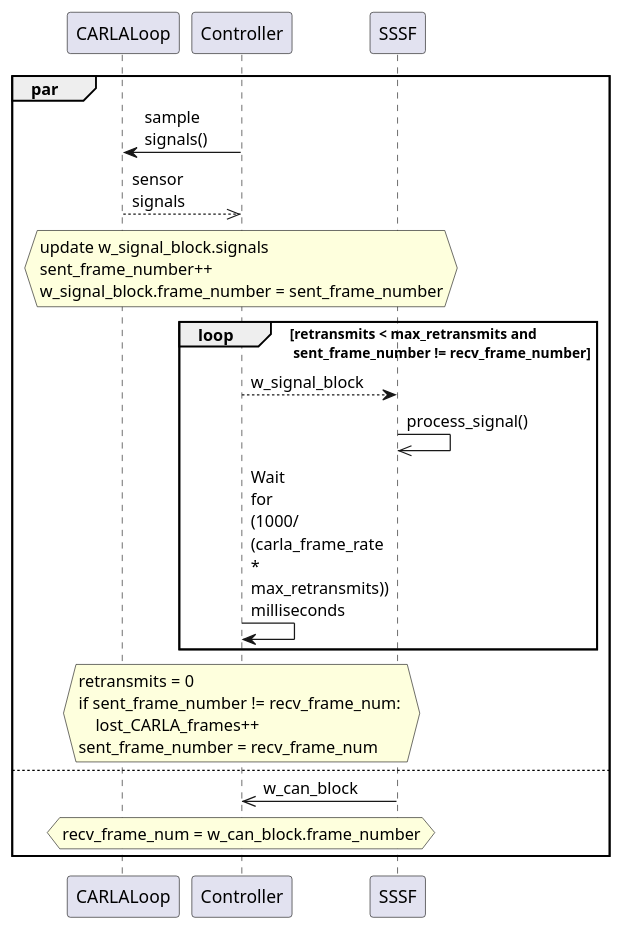
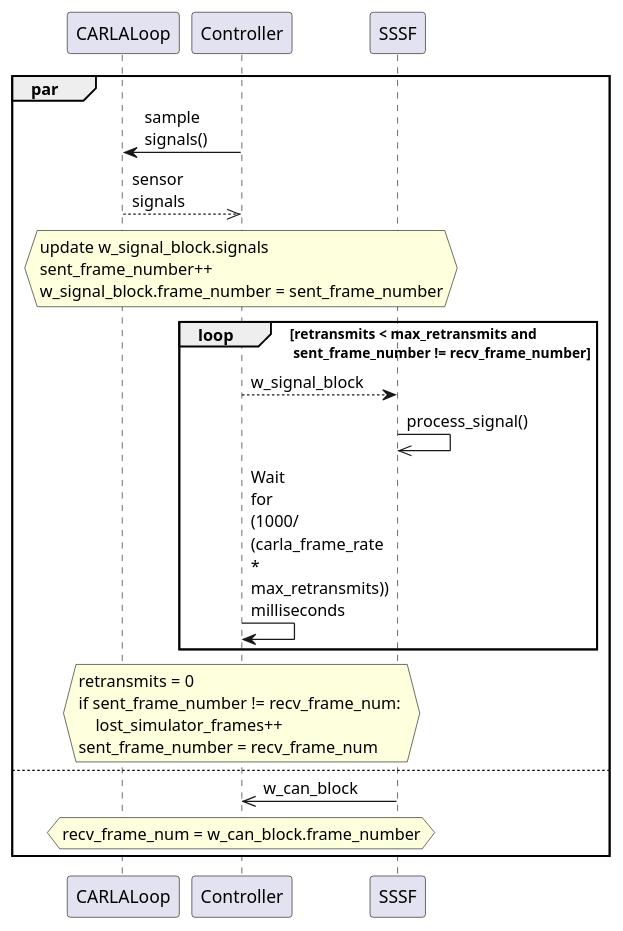
One commit to SystemsCyber/Software-Defined-Truck changed the diagram in Doc/Paper/images/signal_control.wsd. Above: the diagram before and after it, drawn with PlantUML. The commit also changed 9 other files, not shown here.

```diff
--- a/Doc/Paper/images/signal_control.wsd
+++ b/Doc/Paper/images/signal_control.wsd
@@ -1,26 +1,26 @@
 @startuml
 skinparam maxmessagesize 40
 par
 CARLALoop <- Controller : sample signals()
 CARLALoop -->> Controller: sensor signals
 hnote over Controller
 update w_signal_block.signals
 sent_frame_number++
 w_signal_block.frame_number = sent_frame_number
 endhnote
 loop retransmits < max_retransmits and \n sent_frame_number != recv_frame_number
 Controller --> SSSF: w_signal_block
 SSSF ->> SSSF: process_signal()
 Controller -> Controller: Wait for (1000/ (carla_frame_rate * max_retransmits)) milliseconds
 end
 hnote over Controller
 retransmits = 0
 if sent_frame_number != recv_frame_num: 
-    lost_CARLA_frames++
+    lost_simulator_frames++
 sent_frame_number = recv_frame_num
 endhnote
 else
 SSSF ->> Controller: w_can_block
 hnote over Controller: recv_frame_num = w_can_block.frame_number
 end
 @enduml
```
